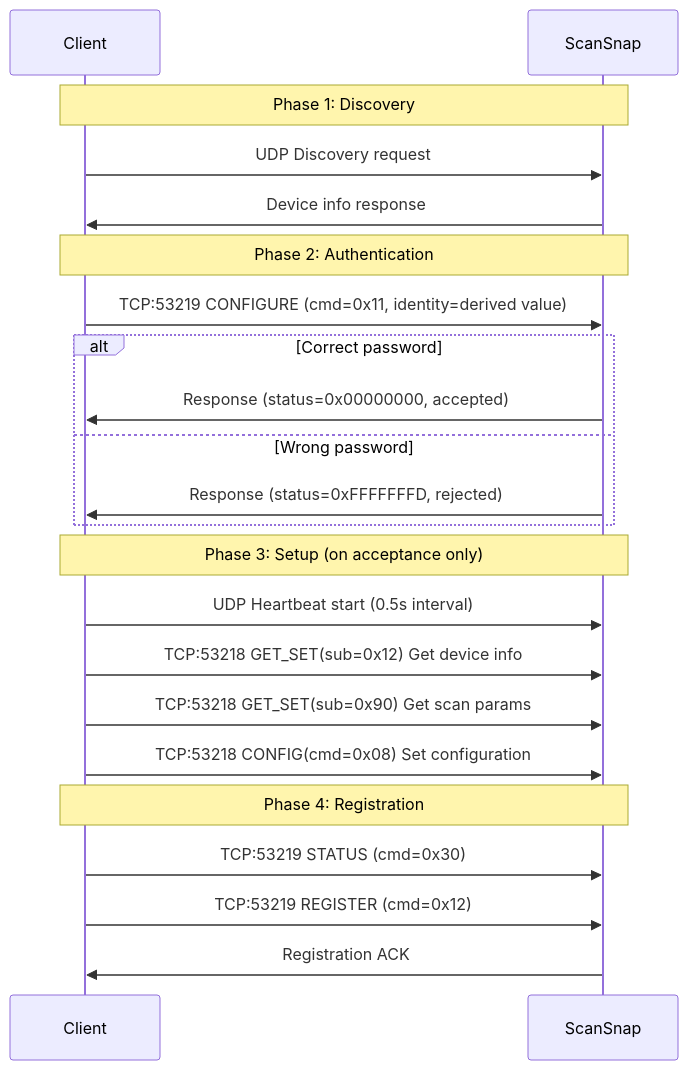
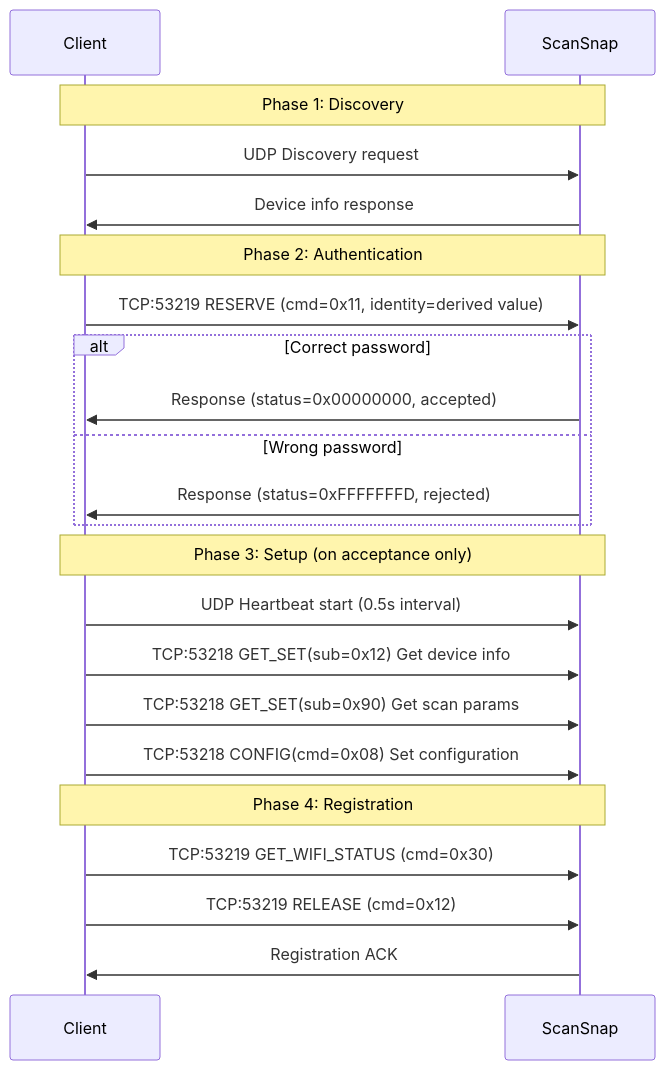
One commit to mzyy94/AirScap changed the second of 5 diagrams in protocol.en.md. Above: the diagram before and after it, drawn with Mermaid. The commit also changed other lines of this file and 7 other files, not shown here.

Commit message:
Rename control channel commands to match APK naming (RESERVE/RELEASE/GET_WIFI_STATUS)

````diff
--- a/protocol.en.md
+++ b/protocol.en.md
@@ -371,28 +371,28 @@
 ```mermaid
 sequenceDiagram
     participant C as Client
     participant S as ScanSnap
 
     Note over C,S: Phase 1: Discovery
     C->>S: UDP Discovery request
     S->>C: Device info response
 
     Note over C,S: Phase 2: Authentication
-    C->>S: TCP:53219 CONFIGURE (cmd=0x11, identity=derived value)
+    C->>S: TCP:53219 RESERVE (cmd=0x11, identity=derived value)
     alt Correct password
         S->>C: Response (status=0x00000000, accepted)
     else Wrong password
         S->>C: Response (status=0xFFFFFFFD, rejected)
     end
 
     Note over C,S: Phase 3: Setup (on acceptance only)
     C->>S: UDP Heartbeat start (0.5s interval)
     C->>S: TCP:53218 GET_SET(sub=0x12) Get device info
     C->>S: TCP:53218 GET_SET(sub=0x90) Get scan params
     C->>S: TCP:53218 CONFIG(cmd=0x08) Set configuration
 
     Note over C,S: Phase 4: Registration
-    C->>S: TCP:53219 STATUS (cmd=0x30)
-    C->>S: TCP:53219 REGISTER (cmd=0x12)
+    C->>S: TCP:53219 GET_WIFI_STATUS (cmd=0x30)
+    C->>S: TCP:53219 RELEASE (cmd=0x12)
     S->>C: Registration ACK
 ```
````
